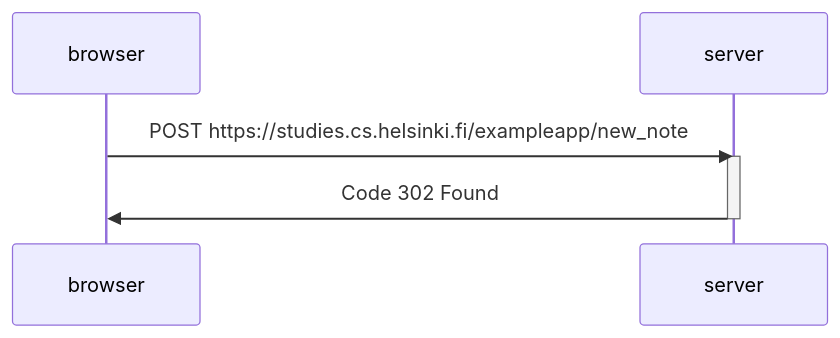
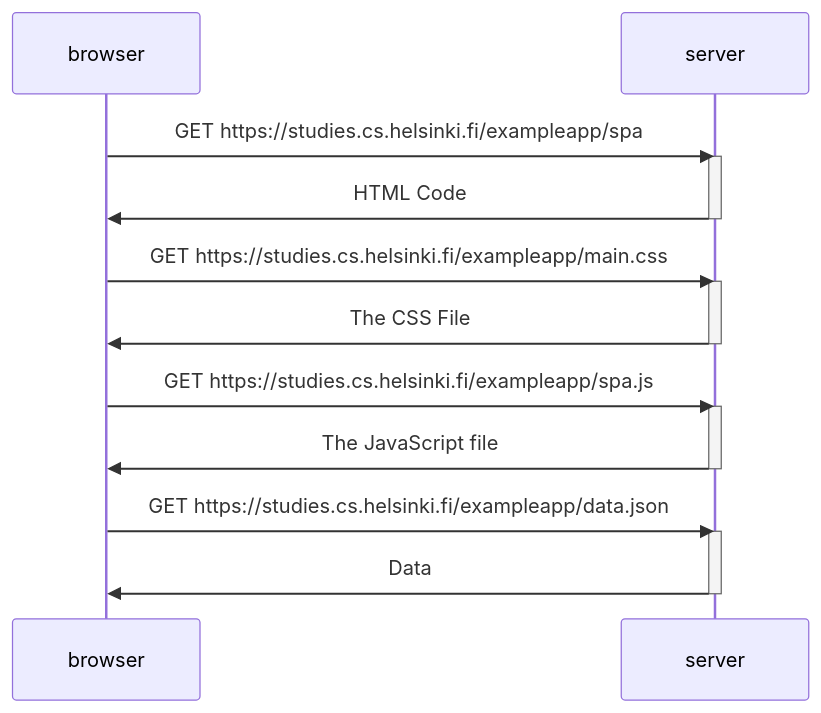
Before and after one commit to rubendesrod/FullStack_Open: the diagram in part0/Diagrama0_5.md, drawn with Mermaid. The commit also changed 1 other file, not shown here.

Commit message:
Ejercicio 0.5

````diff
--- a/part0/Diagrama0_5.md
+++ b/part0/Diagrama0_5.md
@@ -1,11 +1,27 @@
 ```mermaid
 sequenceDiagram
     participant browser
     participant server
 
-    browser->>server: POST https://studies.cs.helsinki.fi/exampleapp/new_note
+    browser->>server: GET https://studies.cs.helsinki.fi/exampleapp/spa
     activate server
-    server->>browser: Code 302 Found
+    server->>browser: HTML Code
     deactivate server
 
+    browser->>server: GET https://studies.cs.helsinki.fi/exampleapp/main.css
+    activate server
+    server->>browser: The CSS File
+    deactivate server
+    
+    browser->>server: GET https://studies.cs.helsinki.fi/exampleapp/spa.js
+    activate server
+    server->>browser: The JavaScript file
+    deactivate server
+
+    browser->>server: GET https://studies.cs.helsinki.fi/exampleapp/data.json
+    activate server
+    server->>browser: Data
+    deactivate server
+
+
 ```
````
